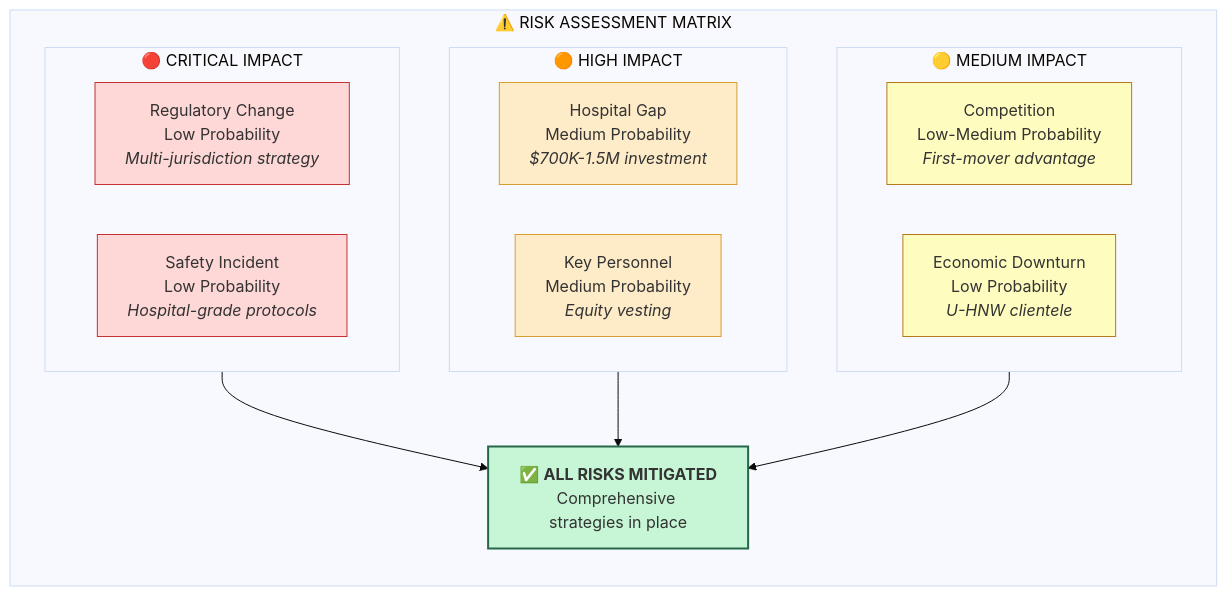
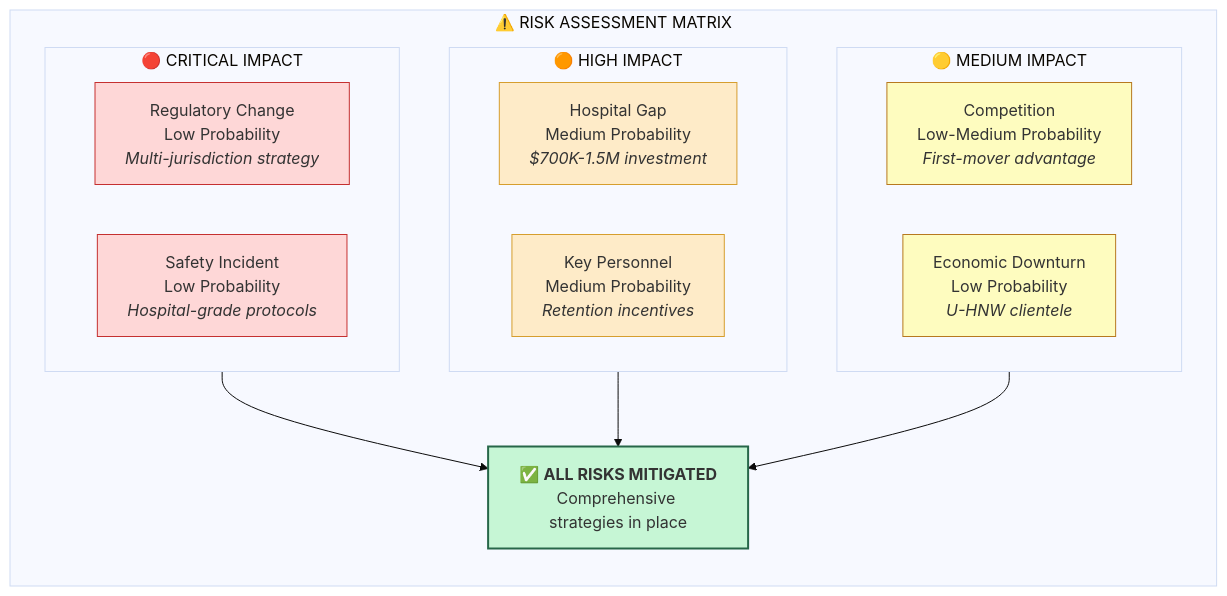
One commit to Light-Brands/epic-center changed diagram 32 of 37 in docs/pitch-packet/AI_VALUATION_REPORT_VISUAL.md. Above: the diagram before and after it, drawn with Mermaid. The commit also changed other lines of this file and 3 other files, not shown here.

````diff
--- a/docs/pitch-packet/AI_VALUATION_REPORT_VISUAL.md
+++ b/docs/pitch-packet/AI_VALUATION_REPORT_VISUAL.md
@@ -1614,36 +1521,36 @@
 ```mermaid
 %%{init: {'theme': 'base'}}%%
 flowchart TB
     subgraph RISK["⚠️ RISK ASSESSMENT MATRIX"]
         direction TB
 
         subgraph CRITICAL["🔴 CRITICAL IMPACT"]
             R1["Regulatory Change<br/>Low Probability<br/><i>Multi-jurisdiction strategy</i>"]
             R2["Safety Incident<br/>Low Probability<br/><i>Hospital-grade protocols</i>"]
         end
 
         subgraph HIGH["🟠 HIGH IMPACT"]
             R3["Hospital Gap<br/>Medium Probability<br/><i>$700K-1.5M investment</i>"]
-            R4["Key Personnel<br/>Medium Probability<br/><i>Equity vesting</i>"]
+            R4["Key Personnel<br/>Medium Probability<br/><i>Retention incentives</i>"]
         end
 
         subgraph MEDIUM["🟡 MEDIUM IMPACT"]
             R5["Competition<br/>Low-Medium Probability<br/><i>First-mover advantage</i>"]
             R6["Economic Downturn<br/>Low Probability<br/><i>U-HNW clientele</i>"]
         end
 
         MITIGATION["✅ <b>ALL RISKS MITIGATED</b><br/>Comprehensive strategies in place"]
 
         CRITICAL --> MITIGATION
         HIGH --> MITIGATION
         MEDIUM --> MITIGATION
     end
 
     style R1 fill:#fed7d7,stroke:#c53030
     style R2 fill:#fed7d7,stroke:#c53030
     style R3 fill:#feebc8,stroke:#d69e2e
     style R4 fill:#feebc8,stroke:#d69e2e
     style R5 fill:#fefcbf,stroke:#b7791f
     style R6 fill:#fefcbf,stroke:#b7791f
     style MITIGATION fill:#c6f6d5,stroke:#276749,stroke-width:2px
 ```
````
